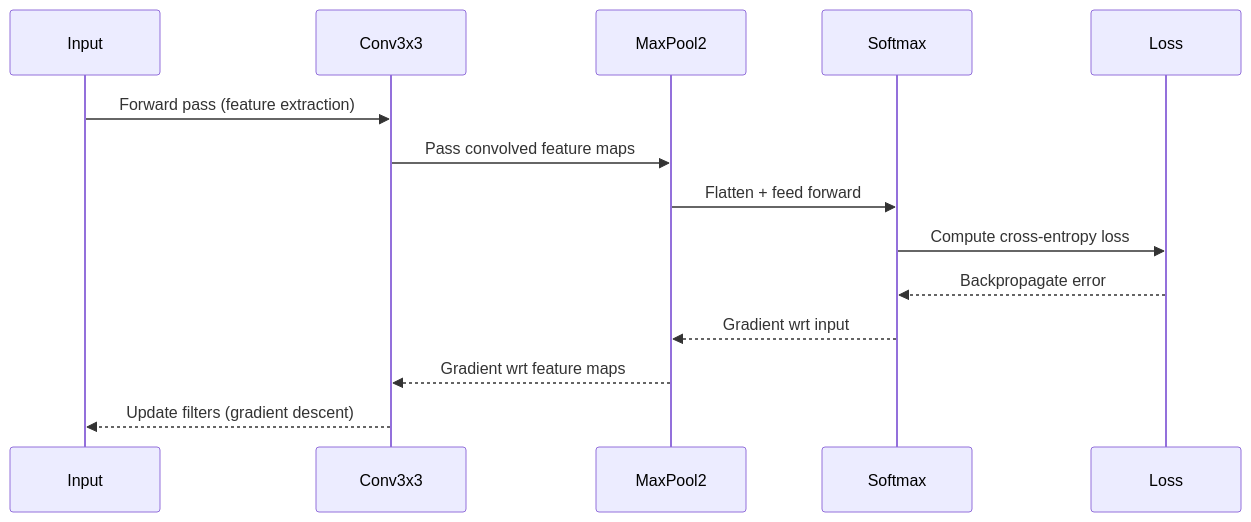
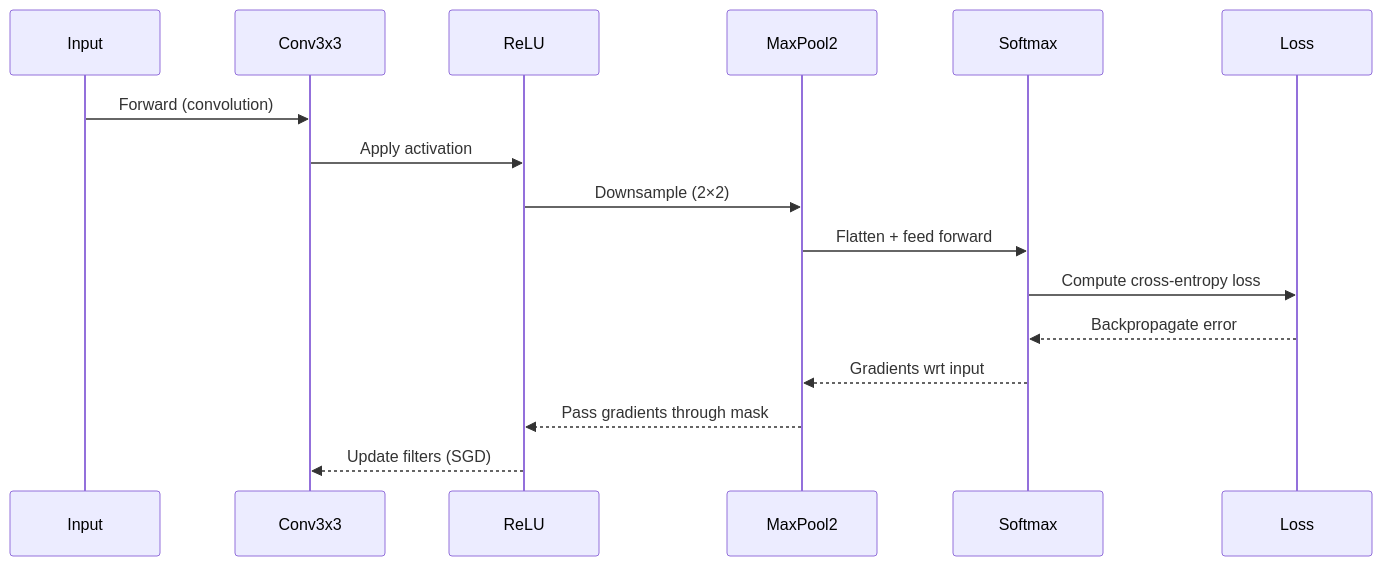
The second of 2 diagrams in README.md (Vatsal212005/CNN-Scratch), drawn with Mermaid before and after one commit. The commit also changed other lines of this file, not shown here.

````diff
--- a/README.md
+++ b/README.md
@@ -46,18 +64,19 @@
-```mermaid
+``` mermaid
 sequenceDiagram
     participant Input
     participant Conv3x3
+    participant ReLU
     participant MaxPool2
     participant Softmax
     participant Loss
 
-    Input->>Conv3x3: Forward pass (feature extraction)
-    Conv3x3->>MaxPool2: Pass convolved feature maps
+    Input->>Conv3x3: Forward (convolution)
+    Conv3x3->>ReLU: Apply activation
+    ReLU->>MaxPool2: Downsample (2×2)
     MaxPool2->>Softmax: Flatten + feed forward
     Softmax->>Loss: Compute cross-entropy loss
     Loss-->>Softmax: Backpropagate error
-    Softmax-->>MaxPool2: Gradient wrt input
-    MaxPool2-->>Conv3x3: Gradient wrt feature maps
-    Conv3x3-->>Input: Update filters (gradient descent)
-
+    Softmax-->>MaxPool2: Gradients wrt input
+    MaxPool2-->>ReLU: Pass gradients through mask
+    ReLU-->>Conv3x3: Update filters (SGD)
 ```
````
